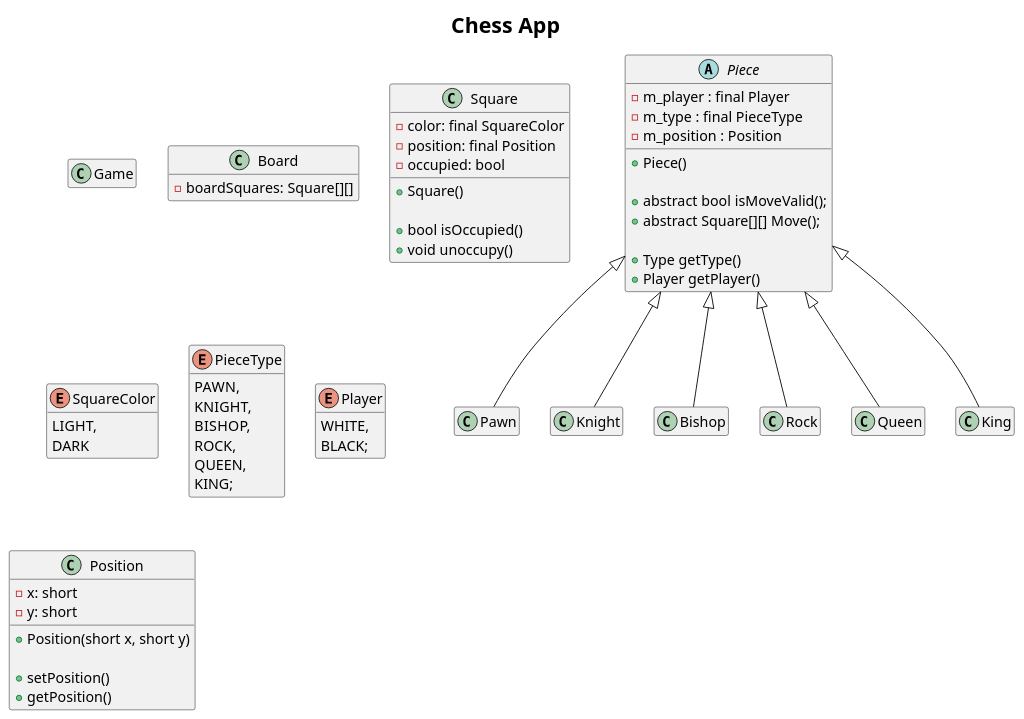
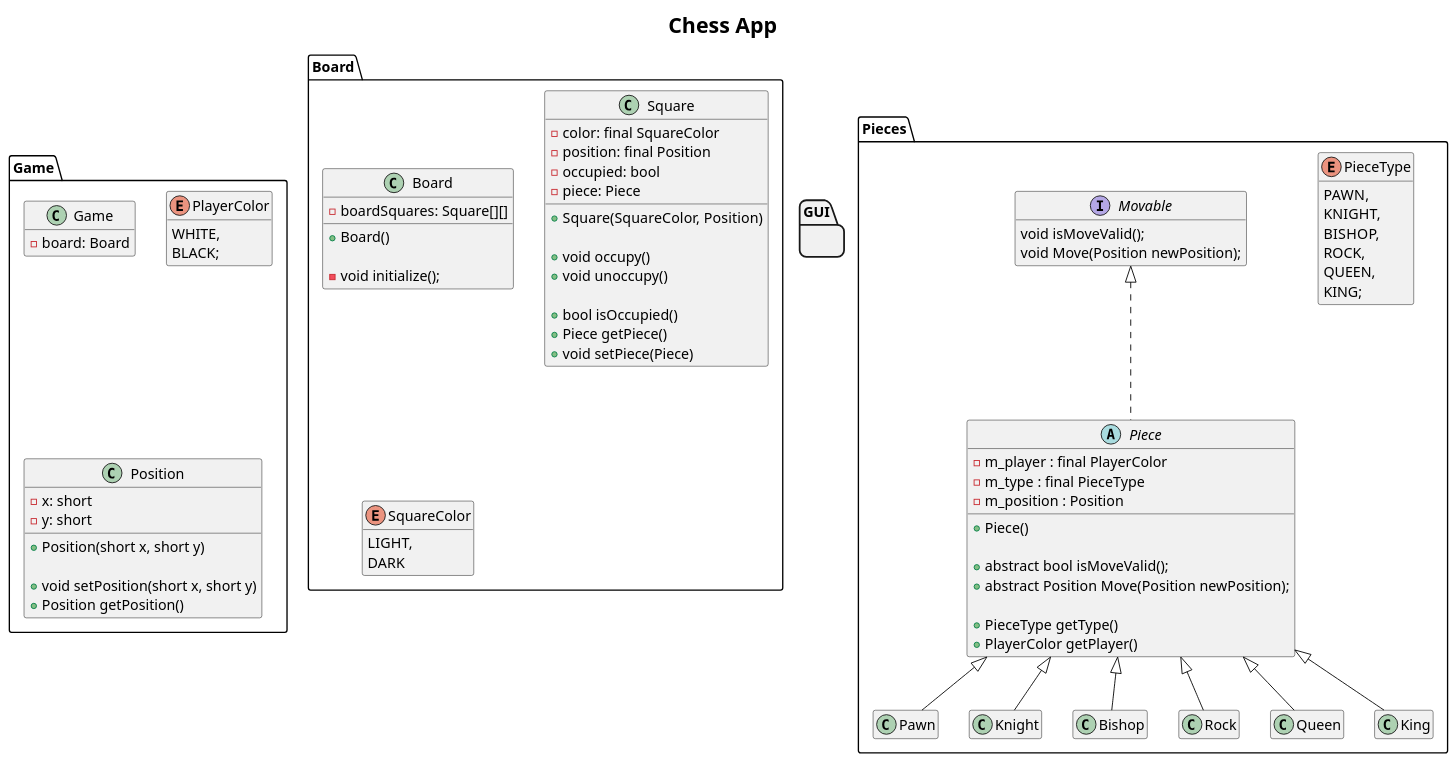
One commit to kboba/Chess-App changed the diagram in sequence.plantuml. Above: the diagram before and after it, drawn with PlantUML.

Commit message:
Improve inheritance; Add packages; Corret fields and method declaration; Add some classes and Movable interface;

```diff
--- a/sequence.plantuml
+++ b/sequence.plantuml
@@ -1,120 +1,141 @@
 @startuml Chess App
 
 
 skinparam DefaultFontName Arial
 skinparam DefaultFontSize 16
 skinparam DefaultFontStyle bold
 skinparam ClassBorderColor black
 skinparam SequenceMessageAlignment center
 skinparam ArrowThickness 1
 skinparam ArrowColor #black
 hide empty members
 
 skinparam titleBorderRoundCorner 15
 skinparam titleBorderThickness 2
 skinparam TitleFontSize 24
 
 title Chess App
 
 
 
+package Game {
+    class Game {
+        -board: Board
+    }
 
-class Game {
-    
-}
+    enum PlayerColor {
+        WHITE,
+        BLACK;
+    }
 
-class Board {
-    -boardSquares: Square[][]
-}
 
-class Square {
-    -color: final SquareColor
-    -position: final Position
-    -occupied: bool
+    class Position {
+        -x: short
+        -y: short
 
-    +Square()
-
-    +bool isOccupied()
-    +void unoccupy()
+        +Position(short x, short y)
+        
+        +void setPosition(short x, short y)
+        +Position getPosition()
+    }
 }
 
 
-enum SquareColor{
-    LIGHT,
-    DARK
-}
 
-enum PieceType {
-    PAWN,
-    KNIGHT,
-    BISHOP,
-    ROCK,
-    QUEEN,
-    KING;
-}
+package Board {
+    class Board {
+        -boardSquares: Square[][]
 
-enum Player {
-    WHITE,
-    BLACK;
+        +Board()
+
+        -void initialize();
+    }
+
+    class Square {
+        -color: final SquareColor
+        -position: final Position
+        -occupied: bool
+        -piece: Piece
+
+        +Square(SquareColor, Position)
+
+        +void occupy()
+        +void unoccupy()
+
+        +bool isOccupied()
+        +Piece getPiece()
+        +void setPiece(Piece)
+    }
+
+
+    enum SquareColor{
+        LIGHT,
+        DARK
+    }
 }
 
 
-class Position {
-    -x: short
-    -y: short
 
-    +Position(short x, short y)
-    
-    +setPosition()
-    +getPosition()
-}
-
-abstract class Piece {
-    -m_player : final Player
-    -m_type : final PieceType
-    -m_position : Position
-    
-    +Piece()
-    
-    +abstract bool isMoveValid();
-    +abstract Square[][] Move();
-
-    +Type getType()
-    +Player getPlayer()
-}
-
-class Pawn {
-
-}
-
-class Knight {
-
-}
-
-class Bishop {
-    
-}
-
-class Rock {
-
-}
-
-class Queen {
-
-}
-
-class King {
+package GUI {
     
 }
 
 
-Piece <|-- Pawn
-Piece <|-- Knight
-Piece <|-- Bishop
-Piece <|-- Rock
-Piece <|-- Queen
-Piece <|-- King
+
+package Pieces {
+    enum PieceType {
+        PAWN,
+        KNIGHT,
+        BISHOP,
+        ROCK,
+        QUEEN,
+        KING;
+    }
+
+    abstract class Piece implements Movable {
+        -m_player : final PlayerColor
+        -m_type : final PieceType
+        -m_position : Position
+        
+        +Piece()
+        
+        +abstract bool isMoveValid();
+        +abstract Position Move(Position newPosition);
+
+        +PieceType getType()
+        +PlayerColor getPlayer()
+    }
+
+    interface Movable {
+        void isMoveValid();
+        void Move(Position newPosition);
+    }
+
+    class Pawn extends Piece {
+
+    }
+
+    class Knight extends Piece {
+
+    }
+
+    class Bishop extends Piece {
+        
+    }
+
+    class Rock extends Piece {
+
+    }
+
+    class Queen extends Piece {
+
+    }
+
+    class King extends Piece {
+        
+    }
+}
 
 
 
 @enduml
```
